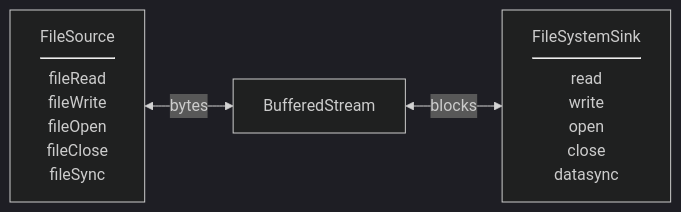
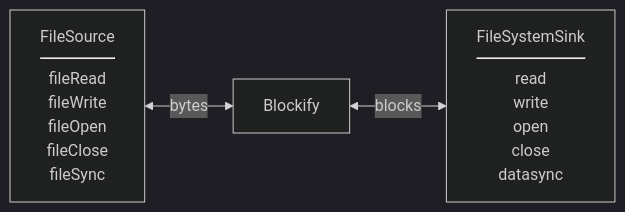
One commit to precision-software/TempFiles changed the first of 5 diagrams in README.md. Above: the diagram before and after it, drawn with Mermaid (dark theme). The commit also changed other lines of this file and 23 other files, not shown here.

````diff
--- a/README.md
+++ b/README.md
@@ -6,6 +75,6 @@
 ```mermaid
-flowchart LR
+flowchart LR 
     source[FileSource<hr>fileRead<br>fileWrite <br> fileOpen <br> fileClose <br> fileSync]
-       <-- bytes --> BufferedStream <-- blocks -->
+       <-- bytes --> Blockify <-- blocks -->
     sink[FileSystemSink <hr> read <br> write <br> open <br> close <br> datasync]
 ```
````
